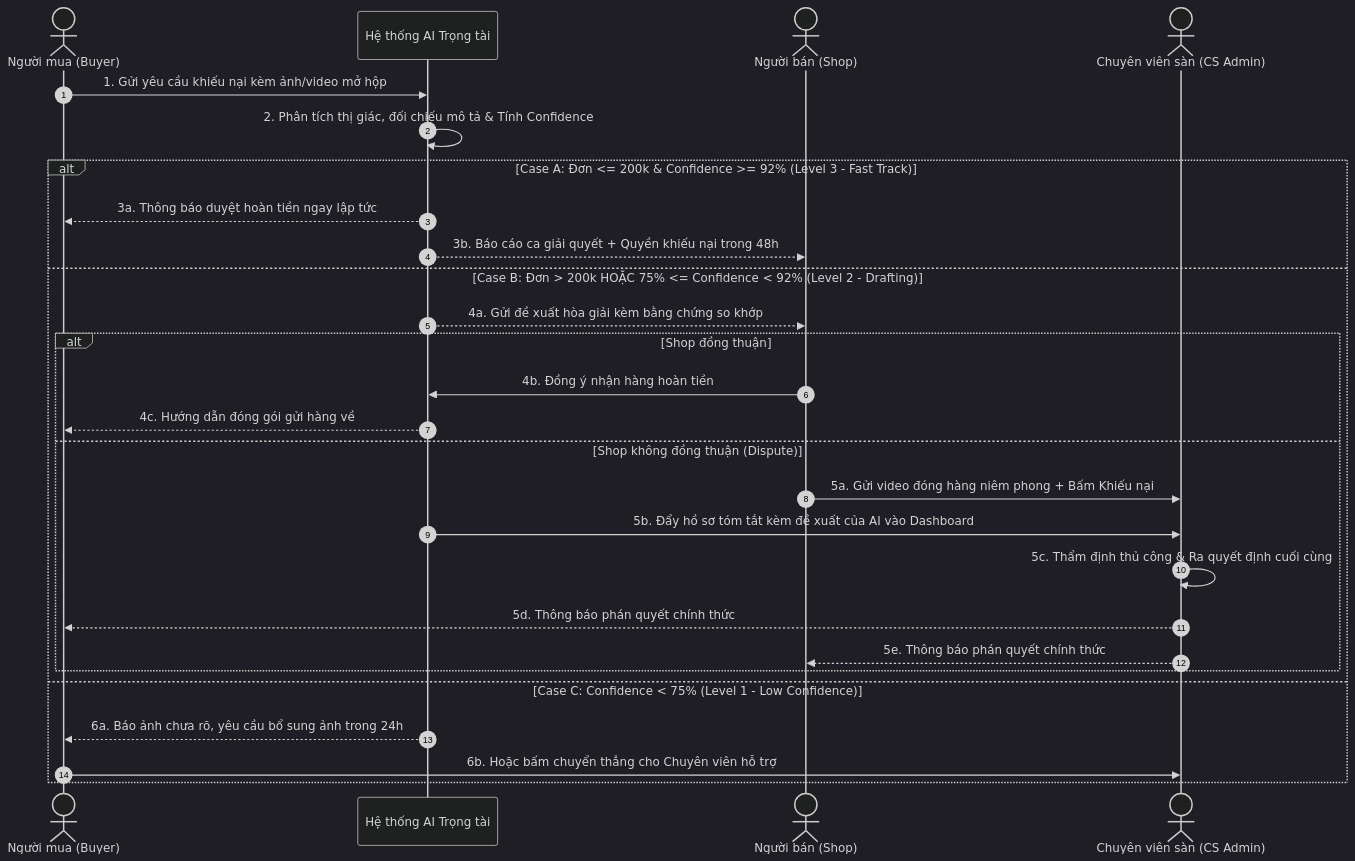
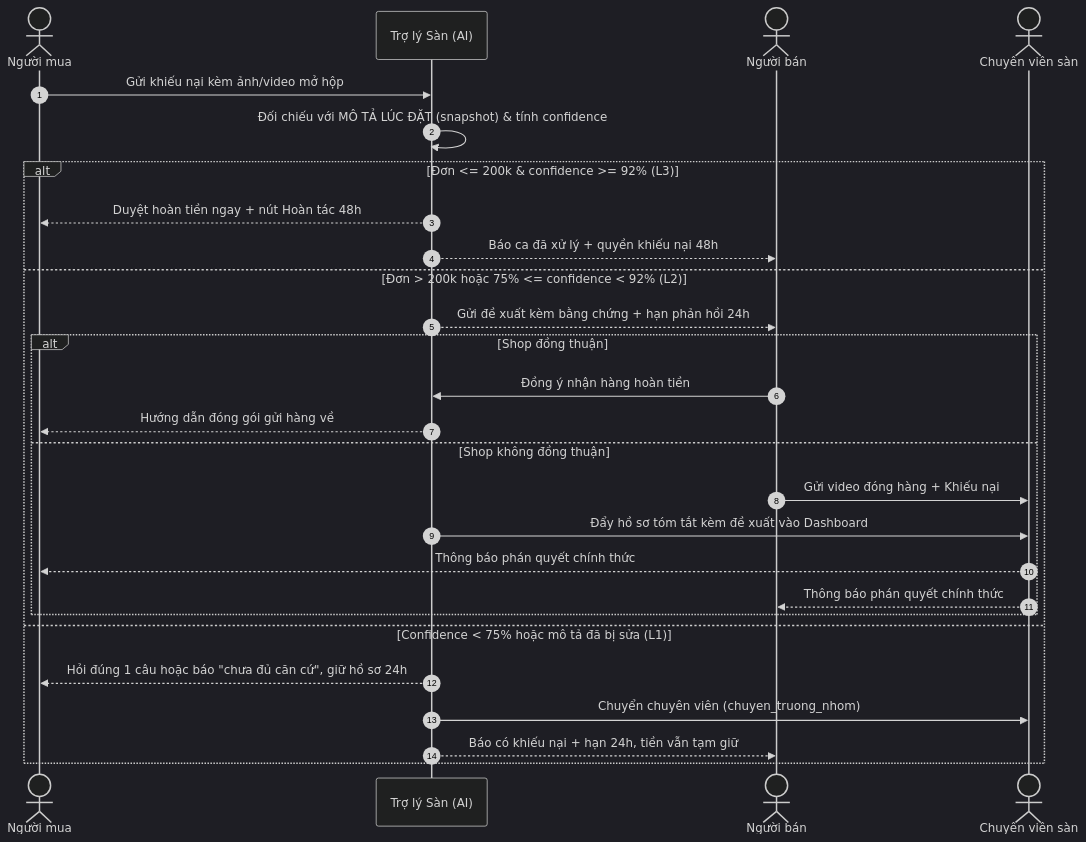
The diagram in spec.md (DMinh1102/K5-L3B-Day05-T4-Tamtai), drawn with Mermaid (dark theme) before and after one commit. The commit also changed other lines of this file, not shown here.

Commit message:
Day05 Lab: hoan thien spec.md theo 03-spec-template (Track 4, TV2 UX & Error States)

````diff
--- a/spec.md
+++ b/spec.md
@@ -133,30 +161,30 @@
 ```mermaid
 sequenceDiagram
     autonumber
-    actor Buyer as Người mua (Buyer)
-    participant AI as Hệ thống AI Trọng tài
-    actor Seller as Người bán (Shop)
-    actor Admin as Chuyên viên sàn (CS Admin)
+    actor Buyer as Người mua
+    participant AI as Trợ lý Sàn (AI)
+    actor Seller as Người bán
+    actor Admin as Chuyên viên sàn
 
-    Buyer->>AI: 1. Gửi yêu cầu khiếu nại kèm ảnh/video mở hộp
-    AI->>AI: 2. Phân tích thị giác, đối chiếu mô tả & Tính Confidence
-    alt Case A: Đơn <= 200k & Confidence >= 92% (Level 3 - Fast Track)
-        AI-->>Buyer: 3a. Thông báo duyệt hoàn tiền ngay lập tức
-        AI-->>Seller: 3b. Báo cáo ca giải quyết + Quyền khiếu nại trong 48h
-    else Case B: Đơn > 200k HOẶC 75% <= Confidence < 92% (Level 2 - Drafting)
-        AI-->>Seller: 4a. Gửi đề xuất hòa giải kèm bằng chứng so khớp
+    Buyer->>AI: Gửi khiếu nại kèm ảnh/video mở hộp
+    AI->>AI: Đối chiếu với MÔ TẢ LÚC ĐẶT (snapshot) & tính confidence
+    alt Đơn <= 200k & confidence >= 92% (L3)
+        AI-->>Buyer: Duyệt hoàn tiền ngay + nút Hoàn tác 48h
+        AI-->>Seller: Báo ca đã xử lý + quyền khiếu nại 48h
+    else Đơn > 200k hoặc 75% <= confidence < 92% (L2)
+        AI-->>Seller: Gửi đề xuất kèm bằng chứng + hạn phản hồi 24h
         alt Shop đồng thuận
-            Seller->>AI: 4b. Đồng ý nhận hàng hoàn tiền
-            AI-->>Buyer: 4c. Hướng dẫn đóng gói gửi hàng về
-        else Shop không đồng thuận (Dispute)
-            Seller->>Admin: 5a. Gửi video đóng hàng niêm phong + Bấm Khiếu nại
-            AI->>Admin: 5b. Đẩy hồ sơ tóm tắt kèm đề xuất của AI vào Dashboard
-            Admin->>Admin: 5c. Thẩm định thủ công & Ra quyết định cuối cùng
-            Admin-->>Buyer: 5d. Thông báo phán quyết chính thức
-            Admin-->>Seller: 5e. Thông báo phán quyết chính thức
+            Seller->>AI: Đồng ý nhận hàng hoàn tiền
+            AI-->>Buyer: Hướng dẫn đóng gói gửi hàng về
+        else Shop không đồng thuận
+            Seller->>Admin: Gửi video đóng hàng + Khiếu nại
+            AI->>Admin: Đẩy hồ sơ tóm tắt kèm đề xuất vào Dashboard
+            Admin-->>Buyer: Thông báo phán quyết chính thức
+            Admin-->>Seller: Thông báo phán quyết chính thức
         end
-    else Case C: Confidence < 75% (Level 1 - Low Confidence)
-        AI-->>Buyer: 6a. Báo ảnh chưa rõ, yêu cầu bổ sung ảnh trong 24h
-        Buyer->>Admin: 6b. Hoặc bấm chuyển thẳng cho Chuyên viên hỗ trợ
+    else Confidence < 75% hoặc mô tả đã bị sửa (L1)
+        AI-->>Buyer: Hỏi đúng 1 câu hoặc báo "chưa đủ căn cứ", giữ hồ sơ 24h
+        AI->>Admin: Chuyển chuyên viên (chuyen_truong_nhom)
+        AI-->>Seller: Báo có khiếu nại + hạn 24h, tiền vẫn tạm giữ
     end
 ```
````
